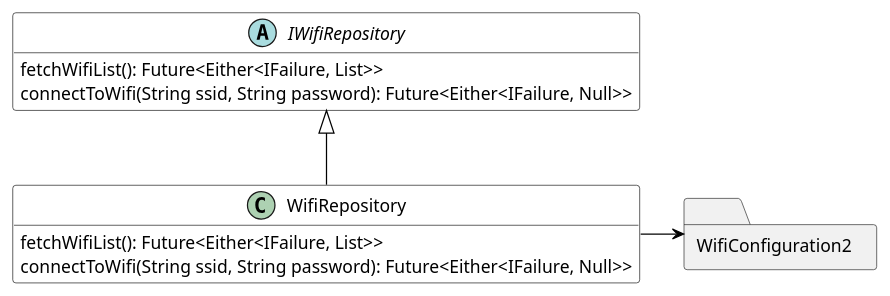
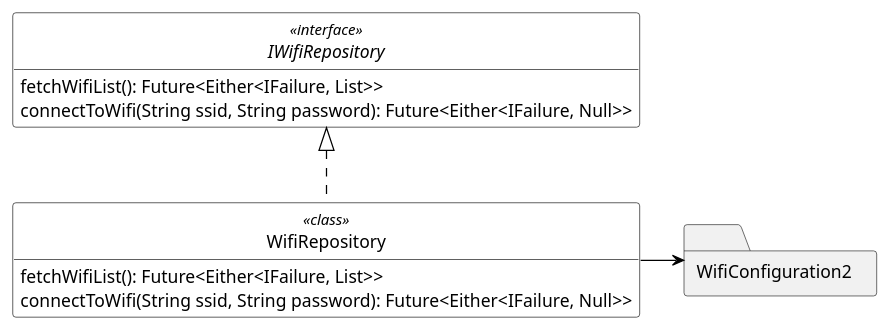
Before and after one commit to tmoller96/Flutter-course: the diagram in bachelor diagrams/Wifi/Class.wsd, drawn with PlantUML. The commit also changed 3 other files, not shown here.

Commit message:
Add another diagram

```diff
--- a/bachelor diagrams/Wifi/Class.wsd
+++ b/bachelor diagrams/Wifi/Class.wsd
@@ -1,28 +1,29 @@
 @startuml
 skinparam class {
     BackgroundColor white
     BorderColor black
     ArrowColor black
 }
 
-abstract class IWifiRepository{
+interface IWifiRepository <<interface>>{
     fetchWifiList(): Future<Either<IFailure, List>>
     connectToWifi(String ssid, String password): Future<Either<IFailure, Null>>
 }
 
-class WifiRepository{
+class WifiRepository <<class>>{
     fetchWifiList(): Future<Either<IFailure, List>>
     connectToWifi(String ssid, String password): Future<Either<IFailure, Null>>
 }
 
 package WifiConfiguration2 <<Folder>>{
 }
 
-WifiRepository -up-|> IWifiRepository
+WifiRepository .up.|> IWifiRepository
 WifiRepository -right-> WifiConfiguration2
 
 hide members
+hide circle
 show WifiRepository methods
 show IWifiRepository methods
 
 @enduml
```
